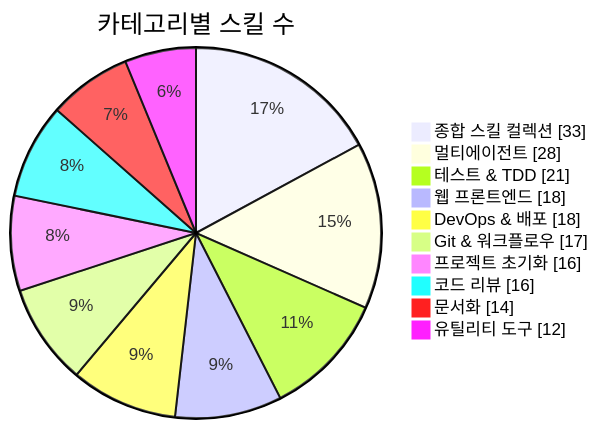
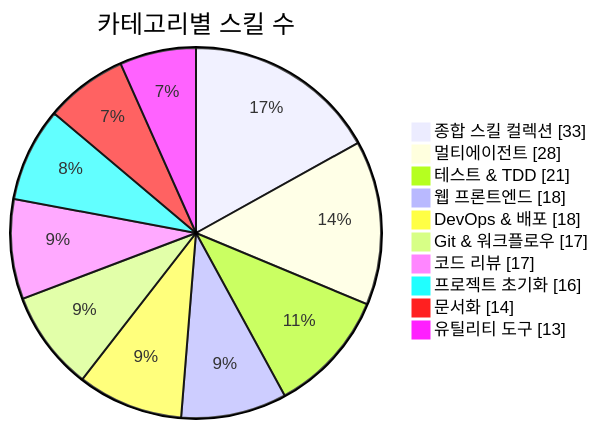
The first of 3 diagrams in README.md (J-nowcow/awesome-korean-agent-skills), drawn with Mermaid before and after one commit. The commit also changed other lines of this file and 6 other files, not shown here.

````diff
--- a/README.md
+++ b/README.md
@@ -176,14 +176,14 @@
 ```mermaid
 pie showData
     title 카테고리별 스킬 수
     "종합 스킬 컬렉션" : 33
     "멀티에이전트" : 28
     "테스트 & TDD" : 21
     "웹 프론트엔드" : 18
     "DevOps & 배포" : 18
     "Git & 워크플로우" : 17
+    "코드 리뷰" : 17
     "프로젝트 초기화" : 16
-    "코드 리뷰" : 16
     "문서화" : 14
-    "유틸리티 도구" : 12
+    "유틸리티 도구" : 13
 ```
````
